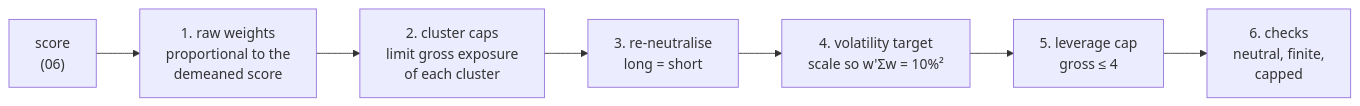
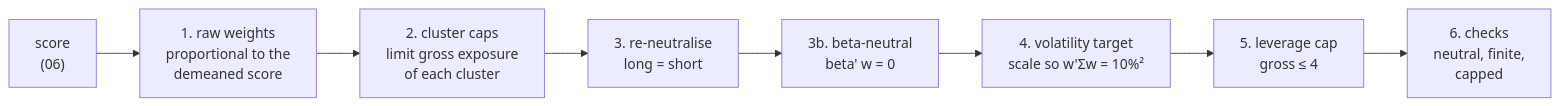
One commit to qlemoal/quant_alpha_lab changed diagram 14 of 17 in docs/methodology.md. Above: the diagram before and after it, drawn with Mermaid. The commit also changed other lines of this file and 25 other files, not shown here.

````diff
--- a/docs/methodology.md
+++ b/docs/methodology.md
@@ -416,9 +416,10 @@
 ```mermaid
 flowchart LR
     S["score<br/>(06)"] --> W["1. raw weights<br/>proportional to the<br/>demeaned score"]
     W --> CAP["2. cluster caps<br/>limit gross exposure<br/>of each cluster"]
     CAP --> NEU["3. re-neutralise<br/>long = short"]
-    NEU --> VT["4. volatility target<br/>scale so w'Σw = 10%²"]
+    NEU --> BN["3b. beta-neutral<br/>beta' w = 0"]
+    BN --> VT["4. volatility target<br/>scale so w'Σw = 10%²"]
     VT --> LEV["5. leverage cap<br/>gross ≤ 4"]
     LEV --> CHK["6. checks<br/>neutral, finite,<br/>capped"]
 ```
````
